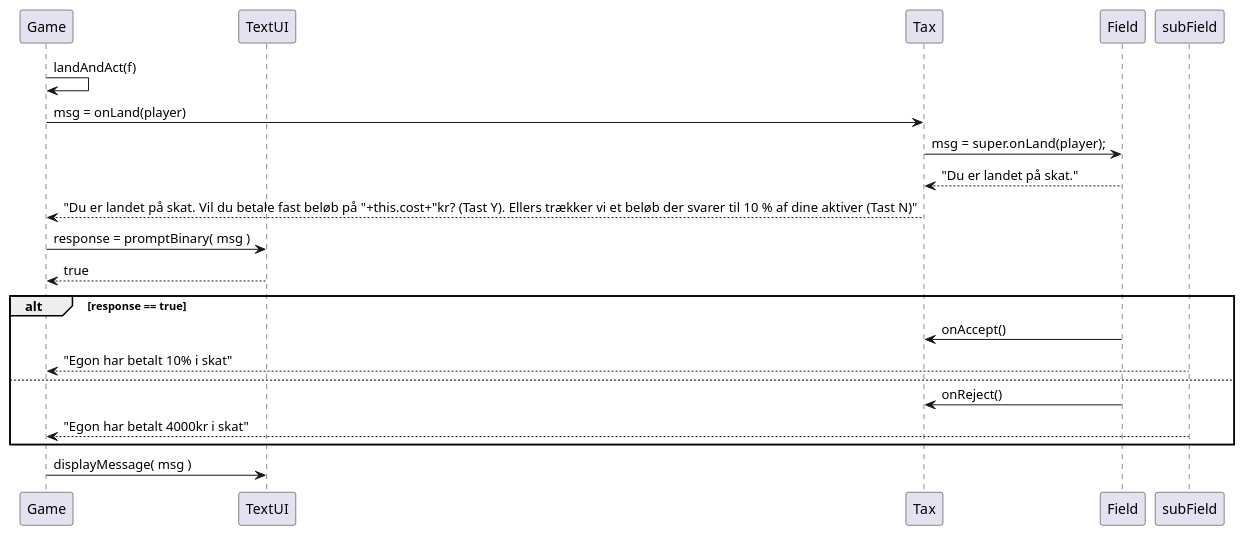
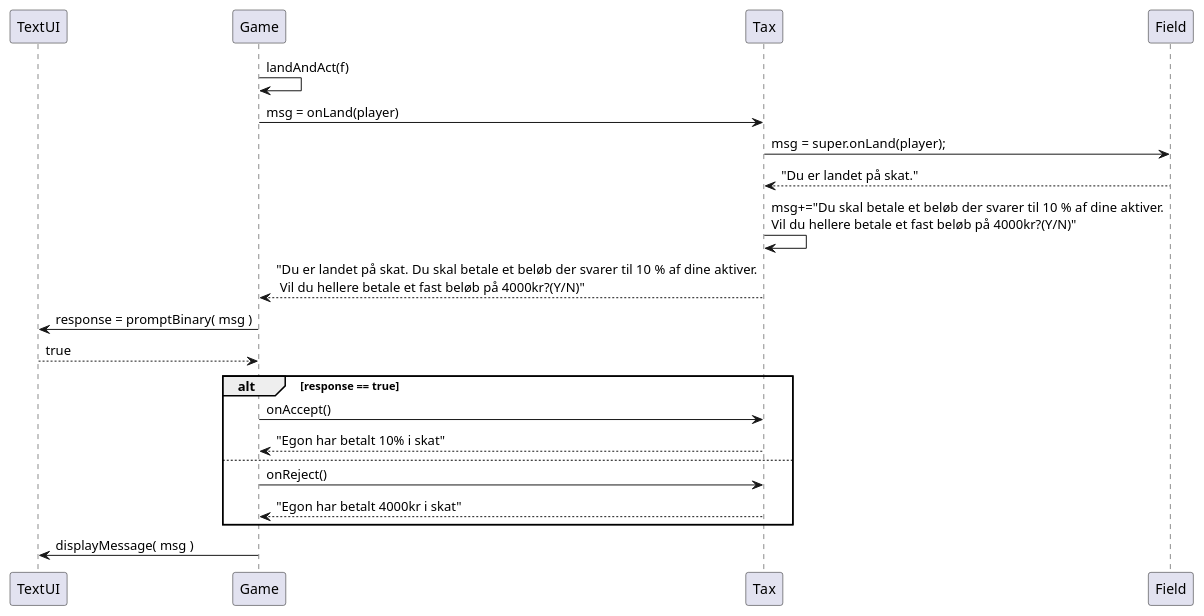
Before and after one commit to Dat1Cphbusiness/MonopolyF25: the diagram in doc/plan/dynamic/sequence_uc4_landAndAct_tax.puml, drawn with PlantUML. The commit also changed 10 other files, not shown here.

```diff
--- a/doc/plan/dynamic/sequence_uc4_landAndAct_tax.puml
+++ b/doc/plan/dynamic/sequence_uc4_landAndAct_tax.puml
@@ -1,34 +1,35 @@
 @startuml
 'https://plantuml.com/sequence-diagram
+participant TextUI as ui
+participant Game as game
 
-participant Game as game
-participant TextUI as ui
 participant Tax as subfield
 participant Field  as field
 
 
 game -> game : landAndAct(f)
 game -> subfield : msg = onLand(player)
 subfield -> field : msg = super.onLand(player);
 field --> subfield : "Du er landet på skat."
-subfield --> game:   "Du er landet på skat. Vil du betale fast beløb på "+this.cost+"kr? (Tast Y). Ellers trækker vi et beløb der svarer til 10 % af dine aktiver (Tast N)"
+subfield -> subfield : msg+="Du skal betale et beløb der svarer til 10 % af dine aktiver.\nVil du hellere betale et fast beløb på 4000kr?(Y/N)"
+subfield --> game:   "Du er landet på skat. Du skal betale et beløb der svarer til 10 % af dine aktiver.\n Vil du hellere betale et fast beløb på 4000kr?(Y/N)"
 
 game -> ui : response = promptBinary( msg )
 
 ui --> game : true
 'game -> field : msg = processResponse(player, response)
 
 alt response == true
-     field -> subfield: onAccept()
-     subField --> game: "Egon har betalt 10% i skat"
+     game -> subfield: onAccept()
+     subfield --> game: "Egon har betalt 10% i skat"
    else
-     field -> subfield: onReject()
-     subField --> game: "Egon har betalt 4000kr i skat"
+     game -> subfield: onReject()
+     subfield --> game: "Egon har betalt 4000kr i skat"
 end
 
 
 
 game -> ui : displayMessage( msg )
 
 
 @enduml
```
